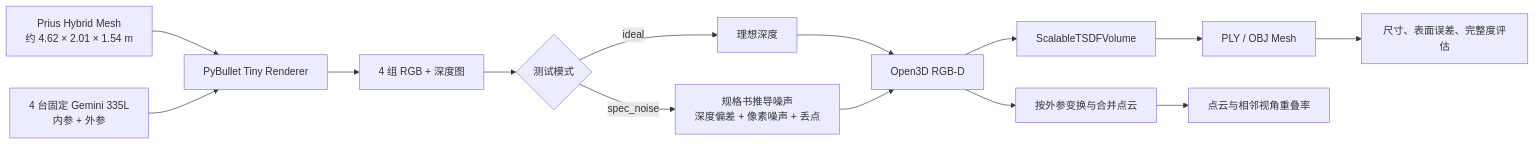
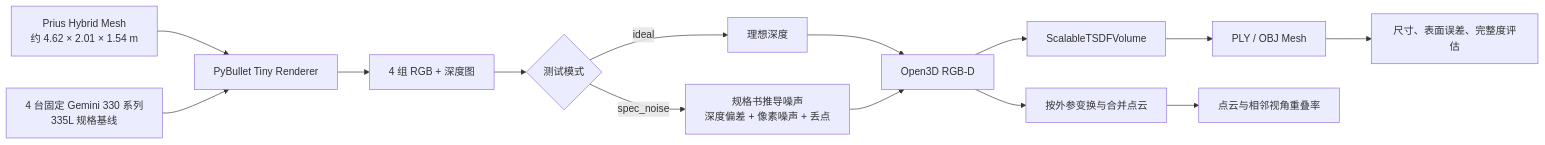
Before and after one commit to zqdbb/arm: the diagram in gemini335l_multicam_sim/README.md, drawn with Mermaid. The commit also changed other lines of this file and 6 other files, not shown here.

````diff
--- a/gemini335l_multicam_sim/README.md
+++ b/gemini335l_multicam_sim/README.md
@@ -21,16 +23,16 @@
 ```mermaid
 flowchart LR
     A[Prius Hybrid Mesh<br/>约 4.62 × 2.01 × 1.54 m] --> B[PyBullet Tiny Renderer]
-    C[4 台固定 Gemini 335L<br/>内参 + 外参] --> B
+    C[4 台固定 Gemini 330 系列<br/>335L 规格基线] --> B
     B --> D[4 组 RGB + 深度图]
     D --> E{测试模式}
     E -->|ideal| F[理想深度]
     E -->|spec_noise| G[规格书推导噪声<br/>深度偏差 + 像素噪声 + 丢点]
     F --> H[Open3D RGB-D]
     G --> H
     H --> I[按外参变换与合并点云]
     H --> J[ScalableTSDFVolume]
     J --> K[PLY / OBJ Mesh]
     I --> L[点云与相邻视角重叠率]
     K --> M[尺寸、表面误差、完整度评估]
 ```
````
